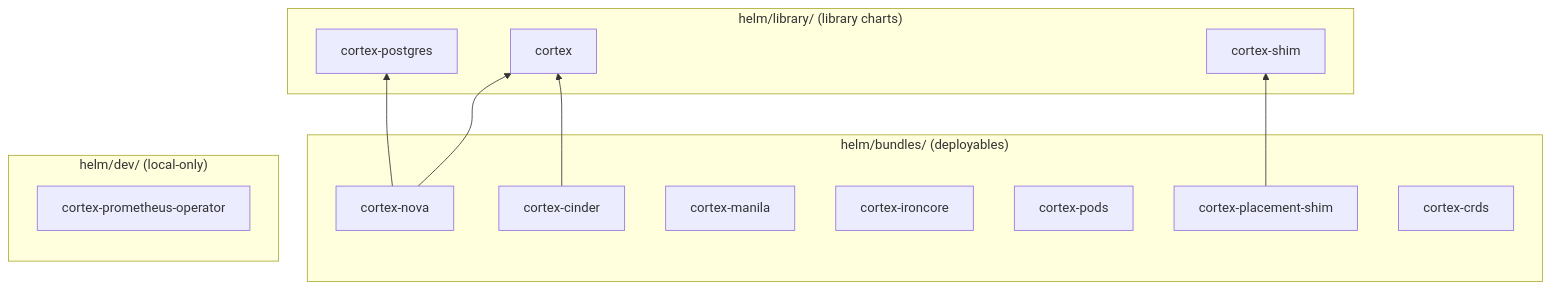
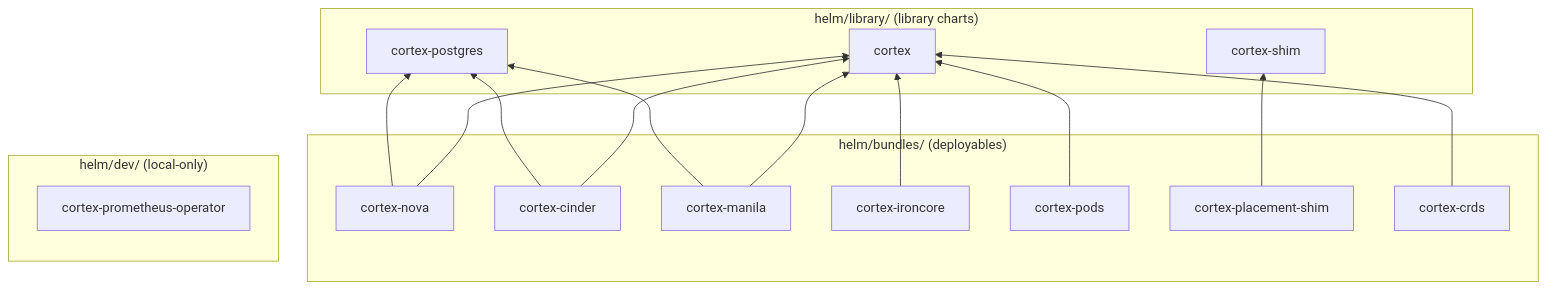
Before and after one commit to cobaltcore-dev/cortex: the diagram in docs/01-getting-started/04-helm-charts.md, drawn with Mermaid.

````diff
--- a/docs/01-getting-started/04-helm-charts.md
+++ b/docs/01-getting-started/04-helm-charts.md
@@ -18,24 +18,30 @@
 ```mermaid
 flowchart BT
     subgraph lib["helm/library/ (library charts)"]
         L1[cortex]
         L2[cortex-shim]
         L3[cortex-postgres]
     end
     subgraph bun["helm/bundles/ (deployables)"]
         B1[cortex-nova]
         B2[cortex-cinder]
         B3[cortex-manila]
         B4[cortex-ironcore]
         B5[cortex-pods]
         B6[cortex-placement-shim]
         B7[cortex-crds]
     end
     subgraph dev["helm/dev/ (local-only)"]
         D1[cortex-prometheus-operator]
     end
     B1 --> L1
     B1 --> L3
     B2 --> L1
+    B2 --> L3
+    B3 --> L1
+    B3 --> L3
+    B4 --> L1
+    B5 --> L1
     B6 --> L2
+    B7 --> L1
 ```
````
